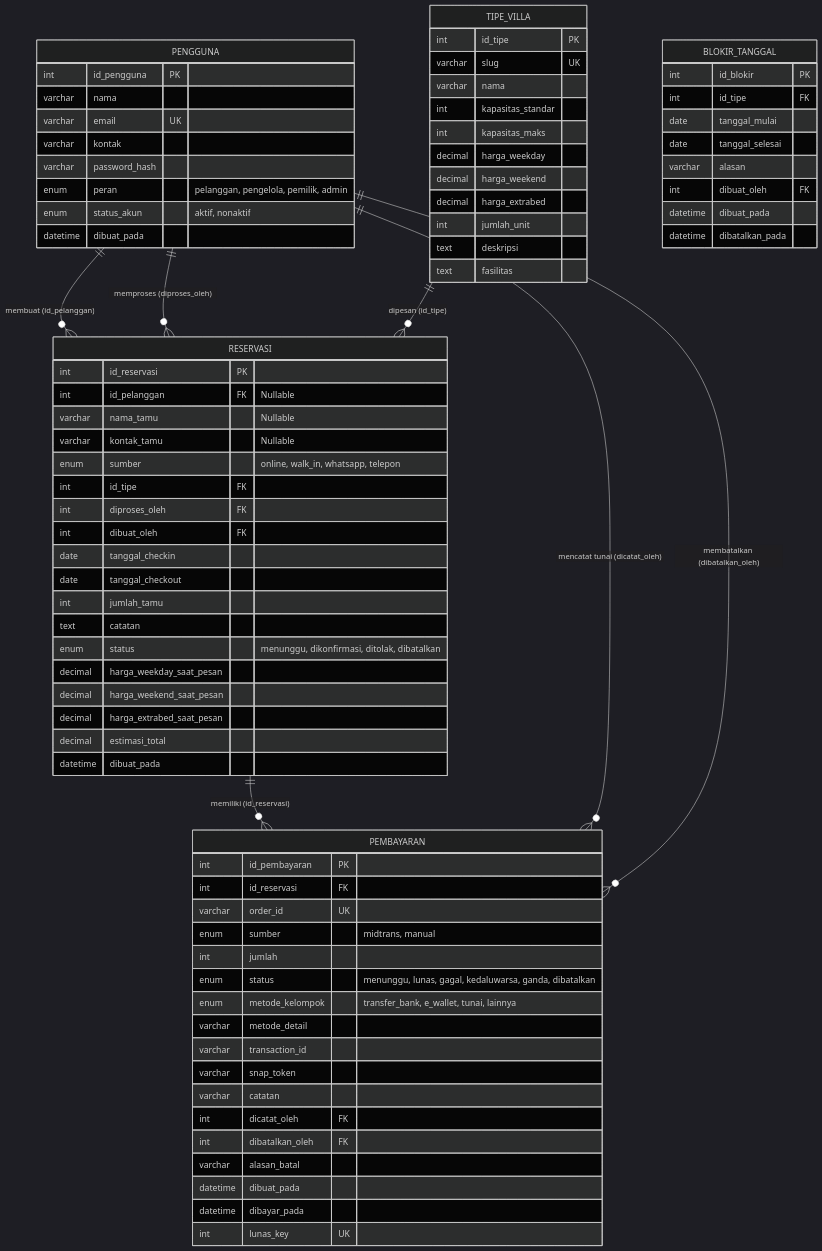
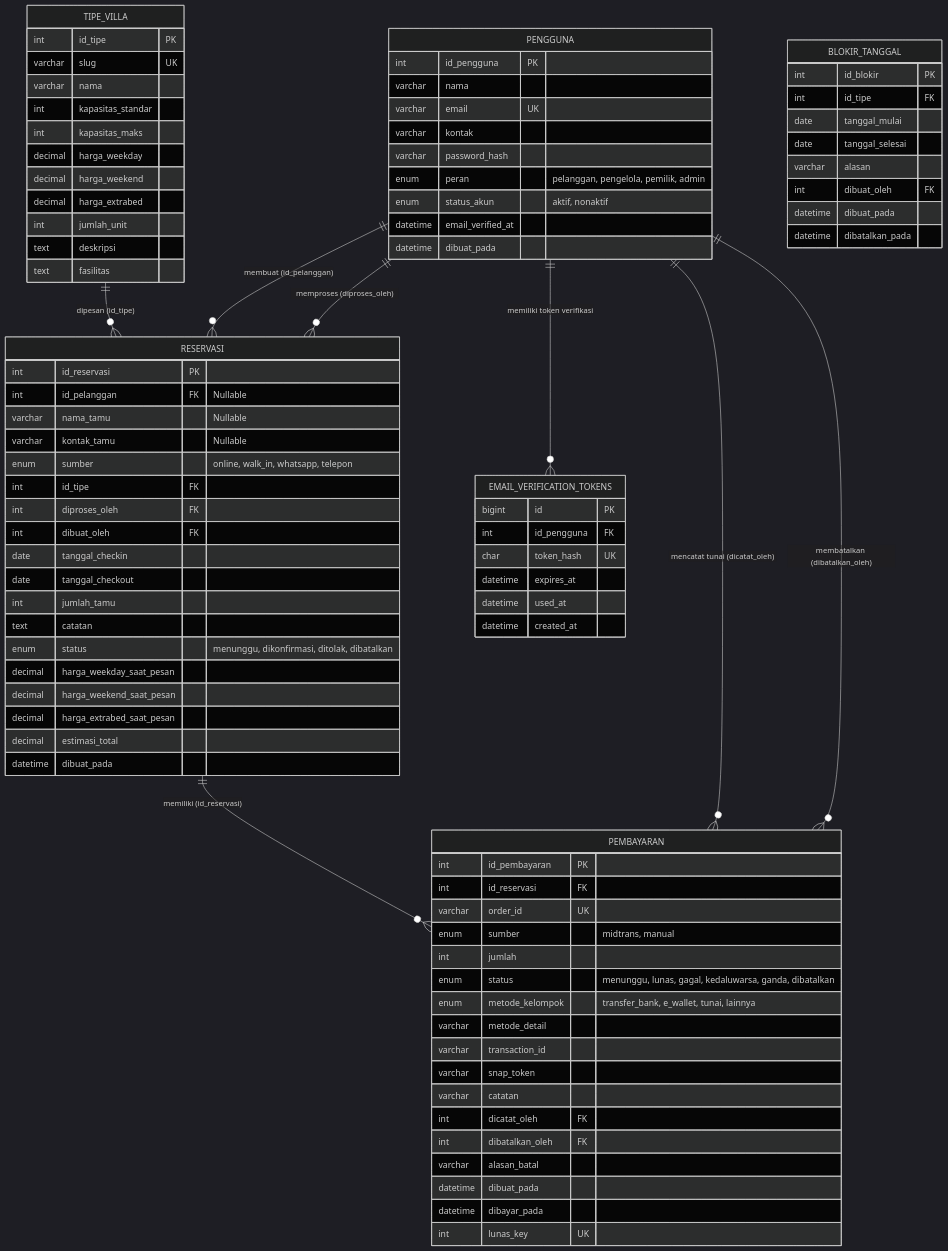
One commit to farhan123853/Proyek3 changed the diagram in docs/STRUKTUR_DATABASE.md. Above: the diagram before and after it, drawn with Mermaid (dark theme). The commit also changed other lines of this file and 4 other files, not shown here.

```diff
--- a/docs/STRUKTUR_DATABASE.md
+++ b/docs/STRUKTUR_DATABASE.md
@@ -10,6 +10,7 @@
 erDiagram
     PENGGUNA ||--o{ RESERVASI : "membuat (id_pelanggan)"
     PENGGUNA ||--o{ RESERVASI : "memproses (diproses_oleh)"
+    PENGGUNA ||--o{ EMAIL_VERIFICATION_TOKENS : "memiliki token verifikasi"
     TIPE_VILLA ||--o{ RESERVASI : "dipesan (id_tipe)"
     RESERVASI ||--o{ PEMBAYARAN : "memiliki (id_reservasi)"
     PENGGUNA ||--o{ PEMBAYARAN : "mencatat tunai (dicatat_oleh)"
@@ -23,7 +24,17 @@
         varchar password_hash
         enum peran "pelanggan, pengelola, pemilik, admin"
         enum status_akun "aktif, nonaktif"
+        datetime email_verified_at
         datetime dibuat_pada
+    }
+
+    EMAIL_VERIFICATION_TOKENS {
+        bigint id PK
+        int id_pengguna FK
+        char token_hash UK
+        datetime expires_at
+        datetime used_at
+        datetime created_at
     }
 
     TIPE_VILLA {
```
